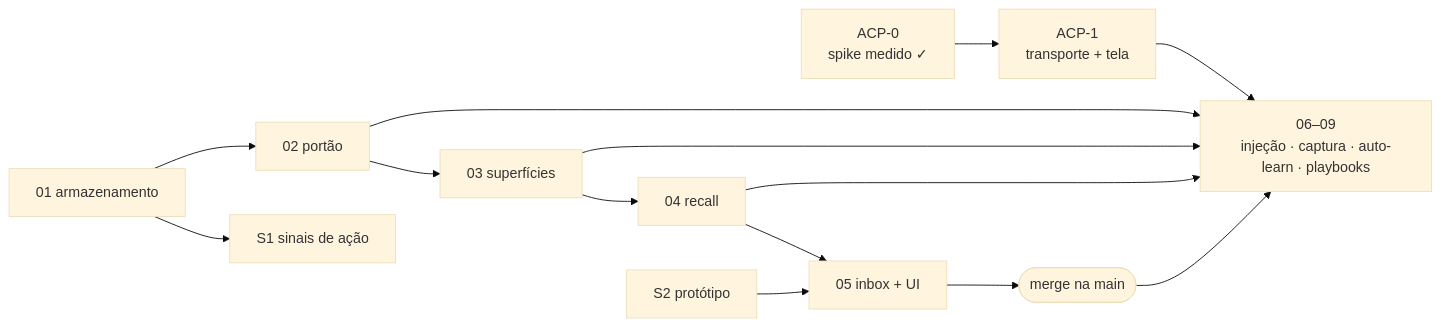
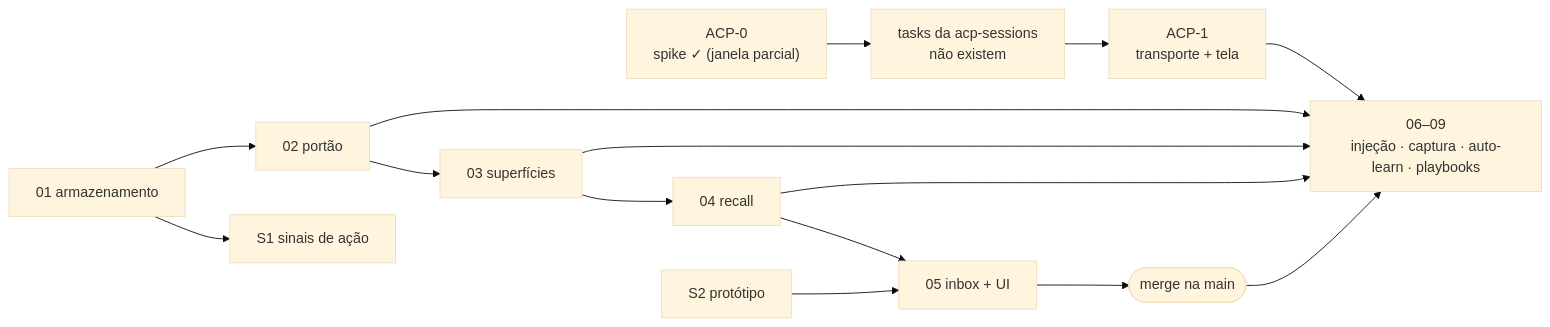
Before and after one commit to vinihcrosa/lumem-os: the third of 3 diagrams in docs/prd/workspace-memory/roadmap.md, drawn with Mermaid (base theme). The commit also changed other lines of this file and 8 other files, not shown here.

````diff
--- a/docs/prd/workspace-memory/roadmap.md
+++ b/docs/prd/workspace-memory/roadmap.md
@@ -184,25 +185,26 @@
 ```mermaid
 flowchart LR
-  spike["ACP-0<br/>spike medido ✓"]
+  spike["ACP-0<br/>spike ✓ (janela parcial)"]
+  atasks["tasks da acp-sessions<br/>não existem"]
   acp["ACP-1<br/>transporte + tela"]
   p1["01 armazenamento"]
   p2["02 portão"]
   p3["03 superfícies"]
   p4["04 recall"]
   s2["S2 protótipo"]
   p5["05 inbox + UI"]
   s1["S1 sinais de ação"]
   merge(["merge na main"])
   d["06–09<br/>injeção · captura · auto-learn · playbooks"]
 
-  spike --> acp
+  spike --> atasks --> acp
   p1 --> p2 --> p3 --> p4 --> p5
   s2 --> p5
   p1 --> s1
   p5 --> merge
   acp --> d
   p2 --> d
   p3 --> d
   p4 --> d
   merge --> d
 ```
````
